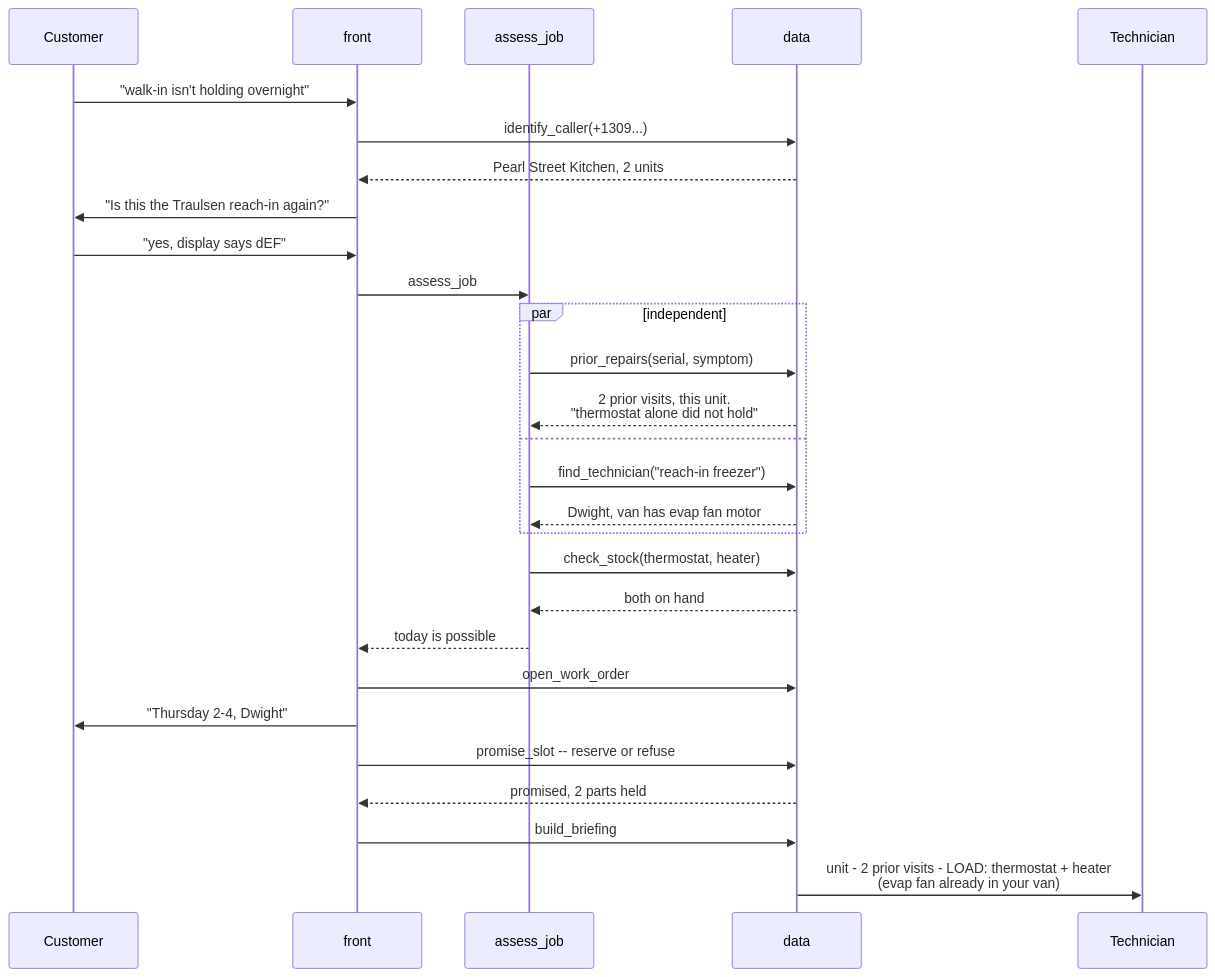
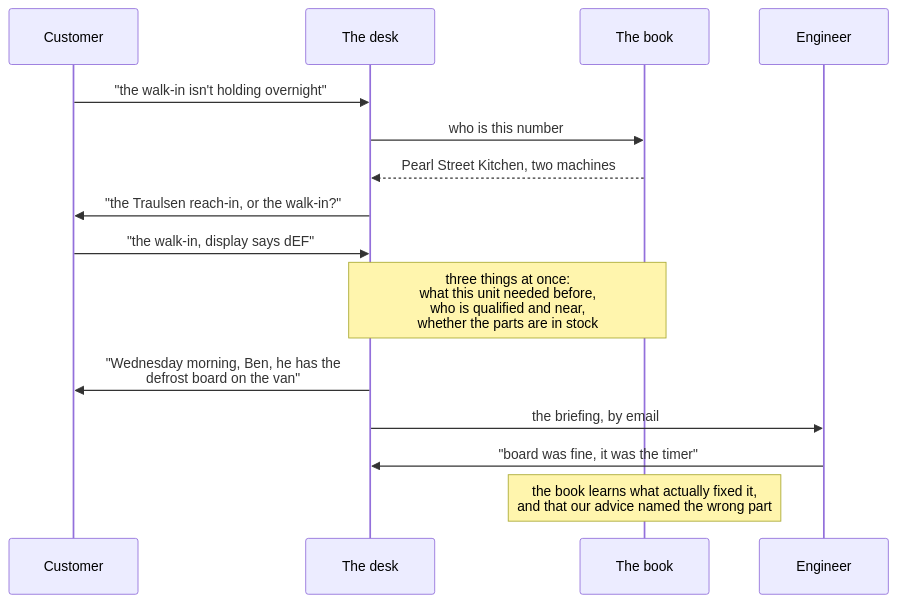
The second of 2 diagrams in docs/architecture.md (nirbhay221/praevisum), drawn with Mermaid before and after one commit. The commit also changed other lines of this file and 226 other files, not shown here.

````diff
--- a/docs/architecture.md
+++ b/docs/architecture.md
@@ -76,33 +96,20 @@
 ```mermaid
 sequenceDiagram
     participant C as Customer
-    participant F as front
-    participant A as assess_job
-    participant D as data
-    participant T as Technician
+    participant D as The desk
+    participant B as The book
+    participant E as Engineer
 
-    C->>F: "walk-in isn't holding overnight"
-    F->>D: identify_caller(+1309...)
-    D-->>F: Pearl Street Kitchen, 2 units
-    F->>C: "Is this the Traulsen reach-in again?"
-    C->>F: "yes, display says dEF"
+    C->>D: "the walk-in isn't holding overnight"
+    D->>B: who is this number
+    B-->>D: Pearl Street Kitchen, two machines
+    D->>C: "the Traulsen reach-in, or the walk-in?"
+    C->>D: "the walk-in, display says dEF"
 
-    F->>A: assess_job
-    par independent
-        A->>D: prior_repairs(serial, symptom)
-        D-->>A: 2 prior visits, this unit.<br/>"thermostat alone did not hold"
-    and
-        A->>D: find_technician("reach-in freezer")
-        D-->>A: Dwight, van has evap fan motor
-    end
-    A->>D: check_stock(thermostat, heater)
-    D-->>A: both on hand
-    A-->>F: today is possible
+    Note over D,B: three things at once:<br/>what this unit needed before,<br/>who is qualified and near,<br/>whether the parts are in stock
 
-    F->>D: open_work_order
-    F->>C: "Thursday 2-4, Dwight"
-    F->>D: promise_slot -- reserve or refuse
-    D-->>F: promised, 2 parts held
-    F->>D: build_briefing
-    D->>T: unit - 2 prior visits - LOAD: thermostat + heater<br/>(evap fan already in your van)
+    D->>C: "Wednesday morning, Ben, he has the<br/>defrost board on the van"
+    D->>E: the briefing, by email
+    E->>D: "board was fine, it was the timer"
+    Note over B: the book learns what actually fixed it,<br/>and that our advice named the wrong part
 ```
````
